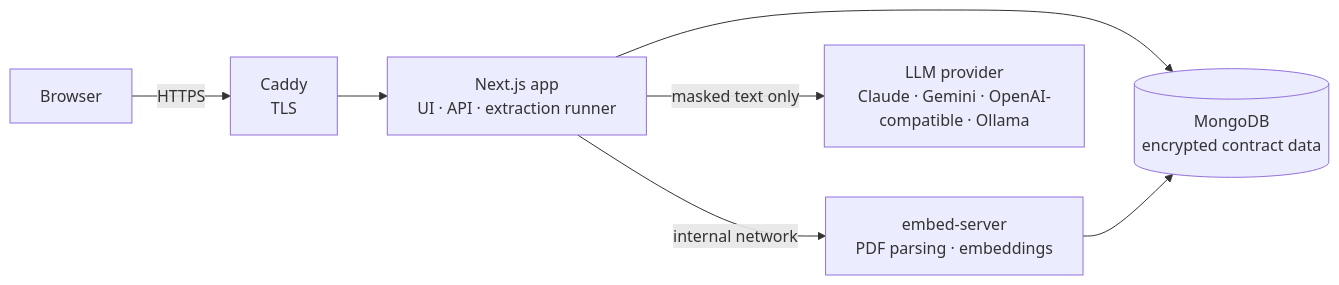
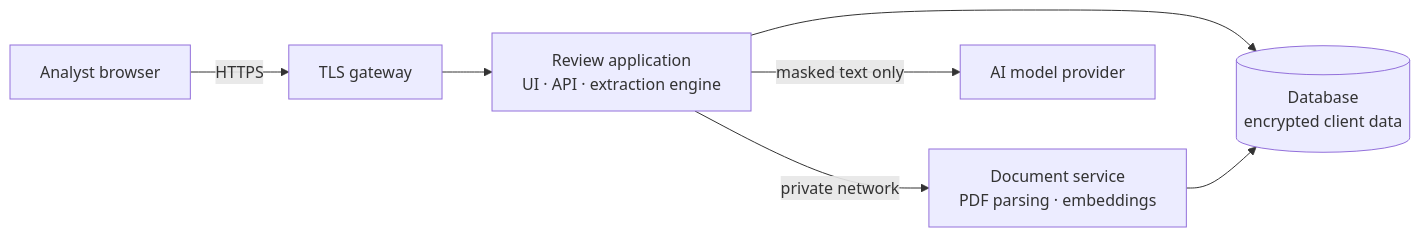
One commit to prince-panwar/contract-consel-ai changed the diagram in README.md. Above: the diagram before and after it, drawn with Mermaid. The commit also changed other lines of this file and 1 other file, not shown here.

First line of the commit message:
docs: position as proprietary platform behind the ContractConsel service; add LICENSE

````diff
--- a/README.md
+++ b/README.md
@@ -51,9 +70,9 @@
 ```mermaid
 flowchart LR
-    U[Browser] -->|HTTPS| C[Caddy<br/>TLS]
-    C --> A[Next.js app<br/>UI · API · extraction runner]
-    A -->|internal network| E[embed-server<br/>PDF parsing · embeddings]
-    A --> M[(MongoDB<br/>encrypted contract data)]
+    U[Analyst browser] -->|HTTPS| C[TLS gateway]
+    C --> A[Review application<br/>UI · API · extraction engine]
+    A -->|private network| E[Document service<br/>PDF parsing · embeddings]
+    A --> M[(Database<br/>encrypted client data)]
     E --> M
-    A -->|masked text only| L[LLM provider<br/>Claude · Gemini · OpenAI-compatible · Ollama]
+    A -->|masked text only| L[AI model provider]
 ```
````
